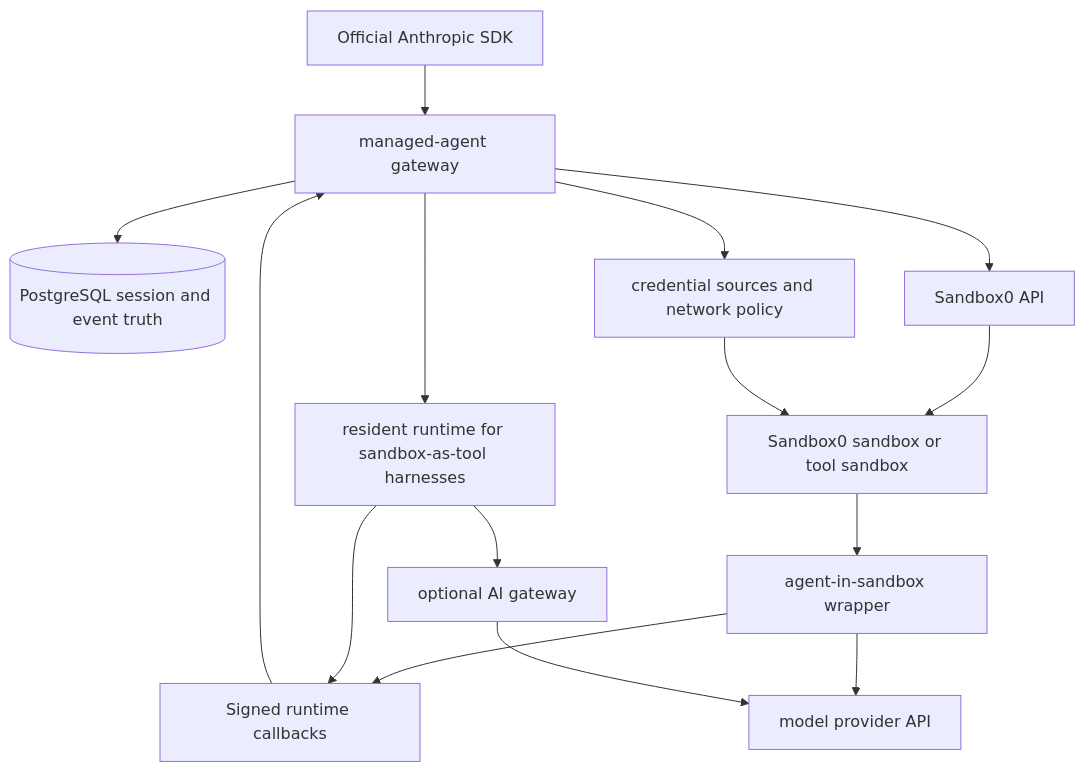
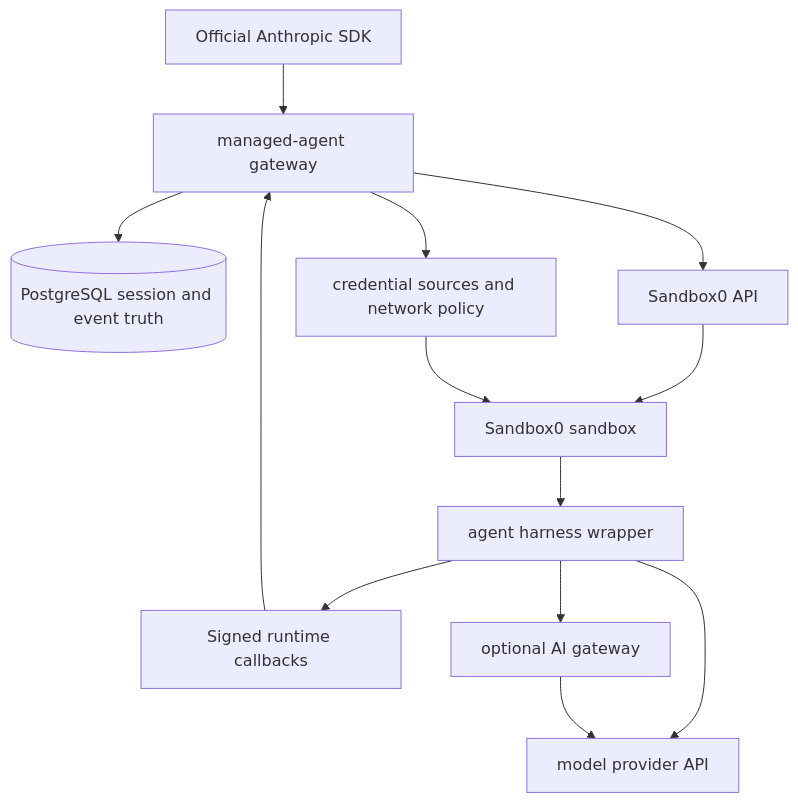
Before and after one commit to sandbox0-ai/sandbox0: the diagram in docs/managed-agents/page.mdx, drawn with Mermaid. The commit also changed other lines of this file and 5 other files, not shown here.

````diff
--- a/docs/managed-agents/page.mdx
+++ b/docs/managed-agents/page.mdx
@@ -41,17 +40,15 @@
 ```mermaid
 flowchart TD
     sdk[Official Anthropic SDK] --> gateway[managed-agent gateway]
     gateway --> pg[(PostgreSQL session and event truth)]
     gateway --> sandbox0[Sandbox0 API]
-    sandbox0 --> runtime[Sandbox0 sandbox or tool sandbox]
-    gateway --> resident[resident runtime for sandbox-as-tool harnesses]
-    runtime --> wrapper[agent-in-sandbox wrapper]
+    sandbox0 --> runtime[Sandbox0 sandbox]
+    runtime --> wrapper[agent harness wrapper]
     wrapper --> callbacks[Signed runtime callbacks]
-    resident --> callbacks
     callbacks --> gateway
     wrapper --> llm[model provider API]
-    resident --> aigateway[optional AI gateway]
+    wrapper --> aigateway[optional AI gateway]
     aigateway --> llm
     gateway --> credentials[credential sources and network policy]
     credentials --> runtime
 ```
````
